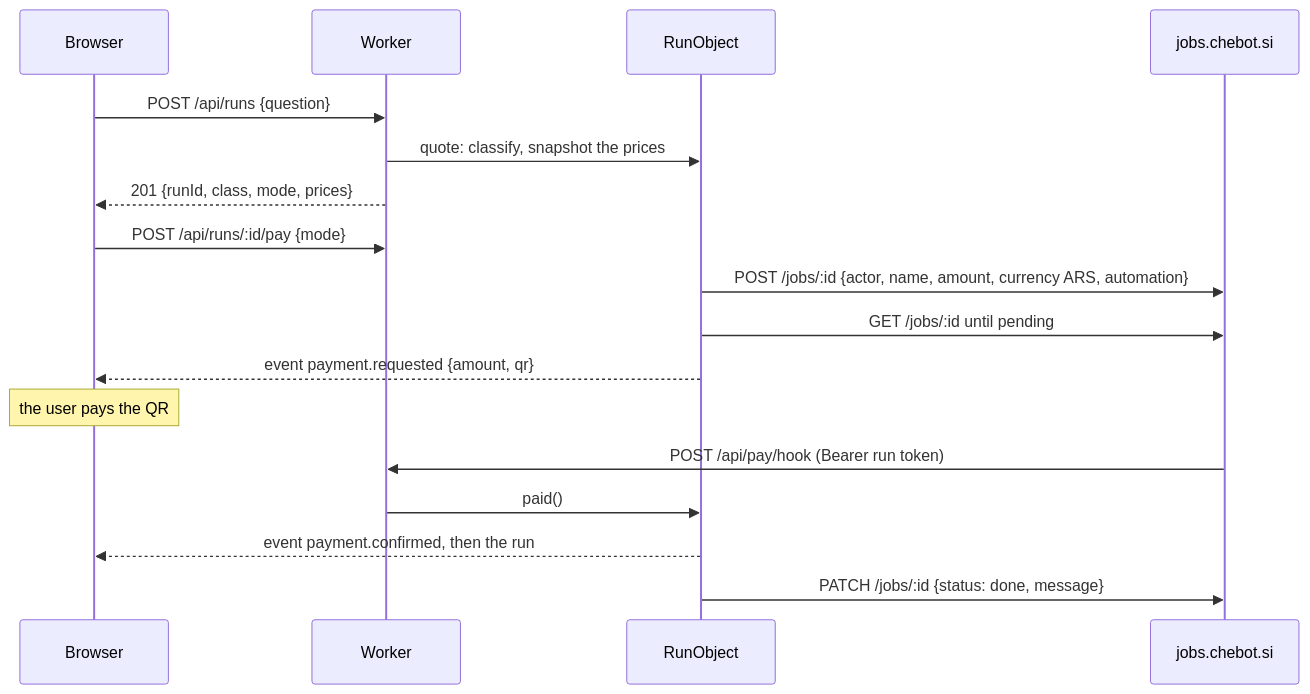
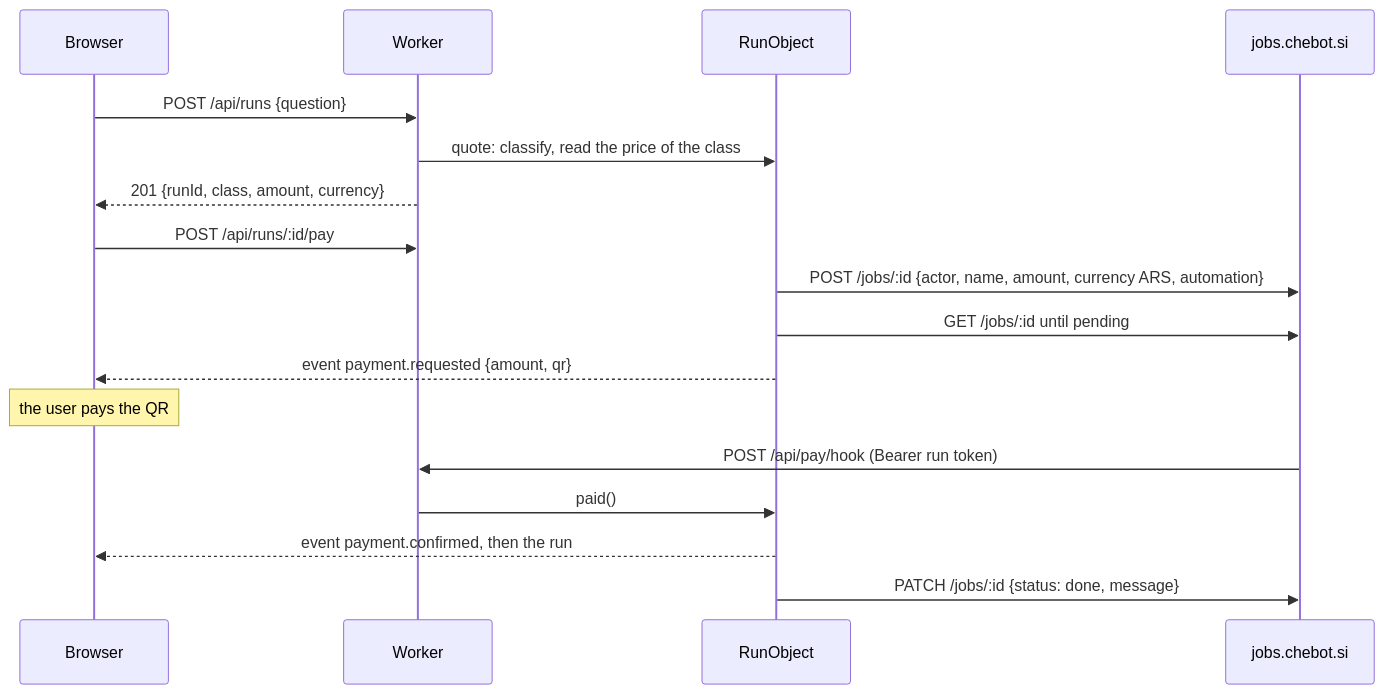
Before and after one commit to devlooped/che.bot: the second of 3 diagrams in .alta/plans/2026-11-16-consensus-answers.md, drawn with Mermaid. The commit also changed other lines of this file and 27 other files, not shown here.

````diff
--- a/.alta/plans/2026-11-16-consensus-answers.md
+++ b/.alta/plans/2026-11-16-consensus-answers.md
@@ -257,19 +258,19 @@
 ```mermaid
 sequenceDiagram
   participant B as Browser
   participant W as Worker
   participant R as RunObject
   participant J as jobs.chebot.si
   B->>W: POST /api/runs {question}
-  W->>R: quote: classify, snapshot the prices
-  W-->>B: 201 {runId, class, mode, prices}
-  B->>W: POST /api/runs/:id/pay {mode}
+  W->>R: quote: classify, read the price of the class
+  W-->>B: 201 {runId, class, amount, currency}
+  B->>W: POST /api/runs/:id/pay
   R->>J: POST /jobs/:id {actor, name, amount, currency ARS, automation}
   R->>J: GET /jobs/:id until pending
   R-->>B: event payment.requested {amount, qr}
   Note over B: the user pays the QR
   J->>W: POST /api/pay/hook (Bearer run token)
   W->>R: paid()
   R-->>B: event payment.confirmed, then the run
   R->>J: PATCH /jobs/:id {status: done, message}
 ```
````
